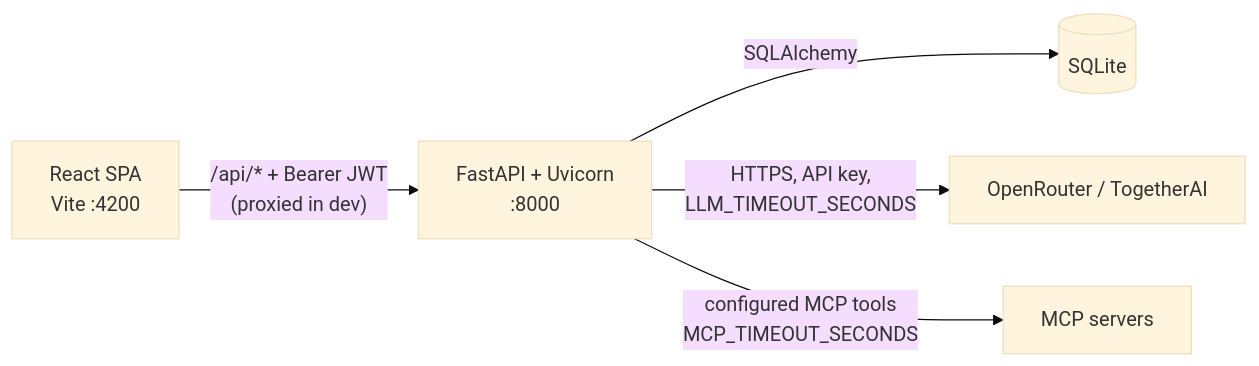
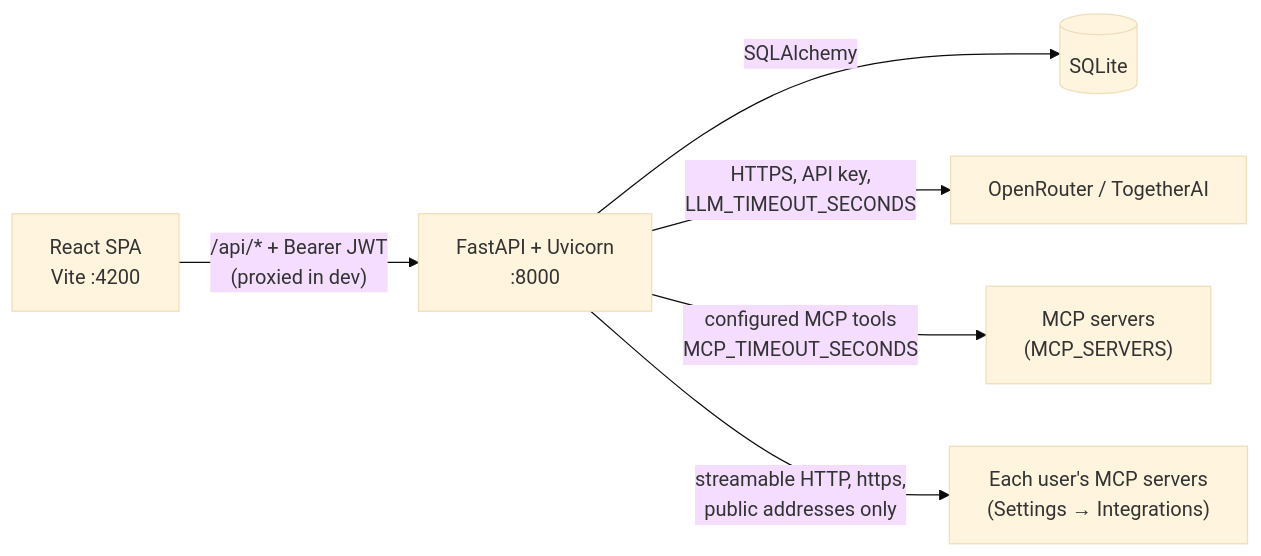
The first of 4 diagrams in docs/architecture.md (Fezzaioussama/AIMIx), drawn with Mermaid (base theme) before and after one commit. The commit also changed other lines of this file and 8 other files, not shown here.

First line of the commit message:
docs: describe users' integrations (their own MCP servers)

````diff
--- a/docs/architecture.md
+++ b/docs/architecture.md
@@ -5,7 +5,8 @@
 ```mermaid
 graph LR
     Browser["React SPA<br/>Vite :4200"] -->|"/api/* + Bearer JWT<br/>(proxied in dev)"| API["FastAPI + Uvicorn<br/>:8000"]
     API -->|SQLAlchemy| DB[("SQLite")]
     API -->|"HTTPS, API key,<br/>LLM_TIMEOUT_SECONDS"| LLM["OpenRouter / TogetherAI"]
-    API -->|"configured MCP tools<br/>MCP_TIMEOUT_SECONDS"| MCP["MCP servers"]
+    API -->|"configured MCP tools<br/>MCP_TIMEOUT_SECONDS"| MCP["MCP servers<br/>(MCP_SERVERS)"]
+    API -->|"streamable HTTP, https,<br/>public addresses only"| Own["Each user's MCP servers<br/>(Settings → Integrations)"]
 ```
````
